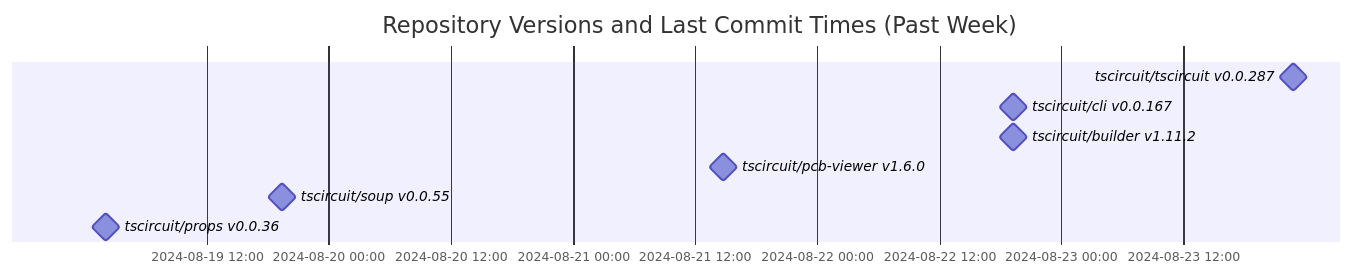
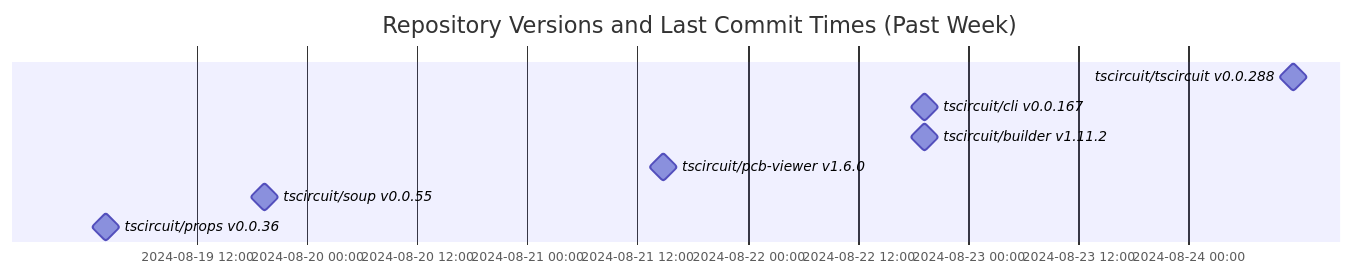
The diagram in README.md (tscircuit/version-tracker), drawn with Mermaid before and after one commit.

Commit message:
Update chart

````diff
--- a/README.md
+++ b/README.md
@@ -1,13 +1,13 @@
 ```mermaid
 gantt
   dateFormat  YYYY-MM-DD HH:mm:ss
   title Repository Versions and Last Commit Times (Past Week)
   axisFormat %Y-%m-%d %H:%M
 
-  tscircuit/tscircuit v0.0.287 : milestone, 2024-08-23 22:47:32, 1s
+  tscircuit/tscircuit v0.0.288 : milestone, 2024-08-24 11:24:30, 1s
   tscircuit/cli v0.0.167 : milestone, 2024-08-22 19:13:45, 1s
   tscircuit/builder v1.11.2 : milestone, 2024-08-22 19:17:19, 1s
   tscircuit/pcb-viewer v1.6.0 : milestone, 2024-08-21 14:48:25, 1s
   tscircuit/soup v0.0.55 : milestone, 2024-08-19 19:22:24, 1s
   tscircuit/props v0.0.36 : milestone, 2024-08-19 02:05:19, 1s
 ```
````
